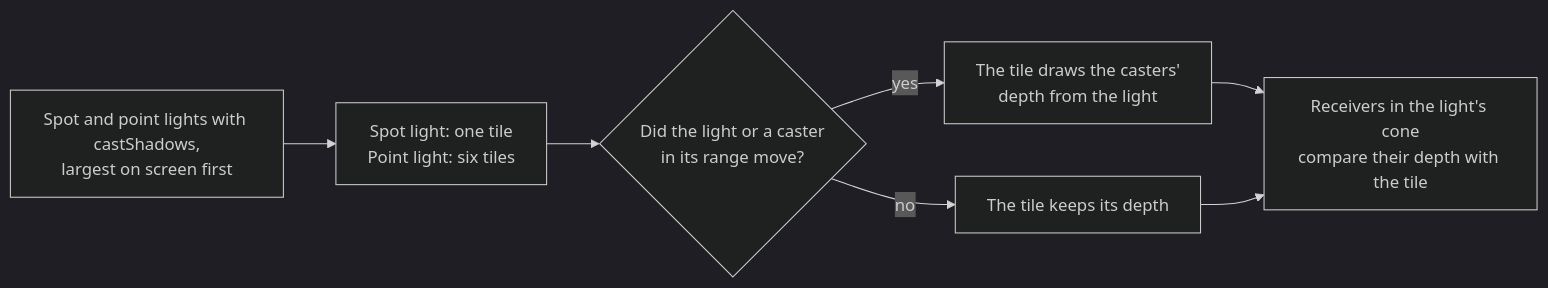
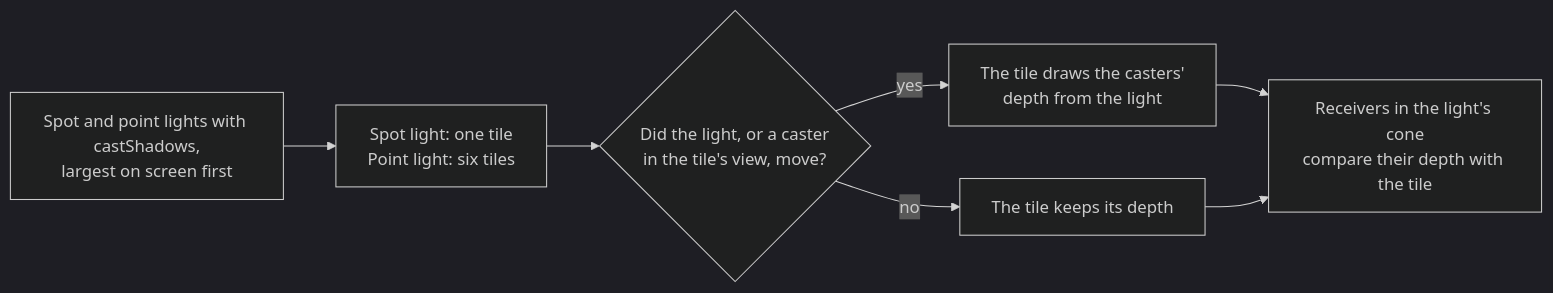
The second of 2 diagrams in docs/concepts/shadows.md (null3d-engine/null3d), drawn with Mermaid (dark theme) before and after one commit. The commit also changed other lines of this file and 23 other files, not shown here.

First line of the commit message:
fix(engine): redraw only the shadow tiles that a change reaches, and cap tile redraws per frame

````diff
--- a/docs/concepts/shadows.md
+++ b/docs/concepts/shadows.md
@@ -62,9 +62,9 @@
 ```mermaid
 flowchart LR
     lights["Spot and point lights with castShadows,<br/>largest on screen first"] --> tiles["Spot light: one tile<br/>Point light: six tiles"]
-    tiles --> check{"Did the light or a caster<br/>in its range move?"}
+    tiles --> check{"Did the light, or a caster<br/>in the tile's view, move?"}
     check -- "yes" --> draw["The tile draws the casters'<br/>depth from the light"]
     check -- "no" --> keep["The tile keeps its depth"]
     draw --> receivers["Receivers in the light's cone<br/>compare their depth with the tile"]
     keep --> receivers
 ```
````
